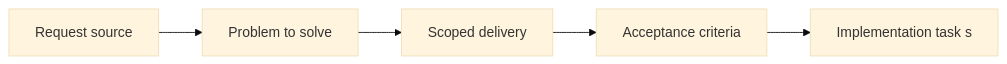
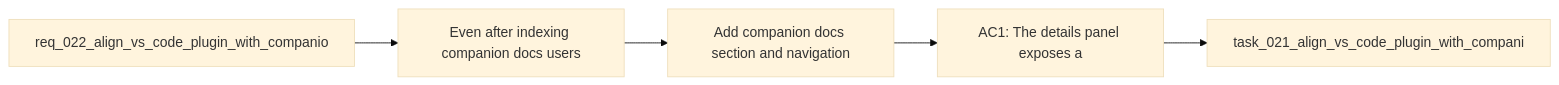
Before and after one commit to AlexAgo83/logics-manager: the diagram in logics/backlog/item_025_add_companion_docs_section_and_navigation_in_plugin_details_panel.md, drawn with Mermaid (base theme). The commit also changed 481 other files, not shown here.

````diff
--- a/logics/backlog/item_025_add_companion_docs_section_and_navigation_in_plugin_details_panel.md
+++ b/logics/backlog/item_025_add_companion_docs_section_and_navigation_in_plugin_details_panel.md
@@ -23,8 +23,9 @@
 ```mermaid
+%% logics-kind: backlog
 %% logics-signature: backlog|add-companion-docs-section-and-navigatio|req-022-align-vs-code-plugin-with-compan|even-after-indexing-companion-docs-users|ac1-the-details-panel-exposes-a
 flowchart LR
-    Req[Request source] --> Problem[Problem to solve]
-    Problem --> Scope[Scoped delivery]
-    Scope --> AC[Acceptance criteria]
-    AC --> Tasks[Implementation task s]
+    Request[req_022_align_vs_code_plugin_with_companio] --> Problem[Even after indexing companion docs users]
+    Problem --> Scope[Add companion docs section and navigation]
+    Scope --> Acceptance[AC1: The details panel exposes a]
+    Acceptance --> Tasks[task_021_align_vs_code_plugin_with_compani]
 ```
````
